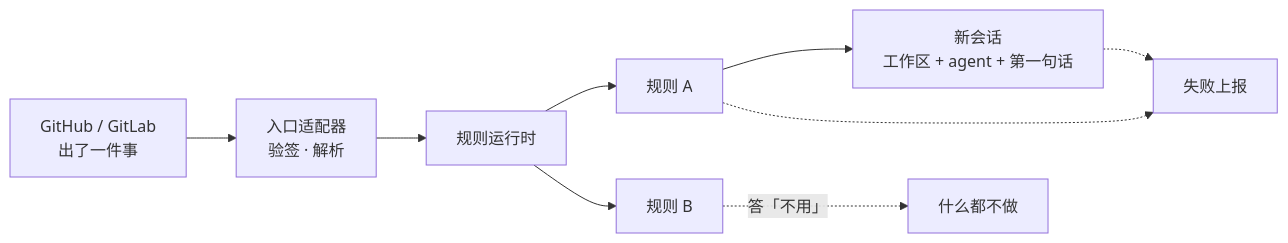
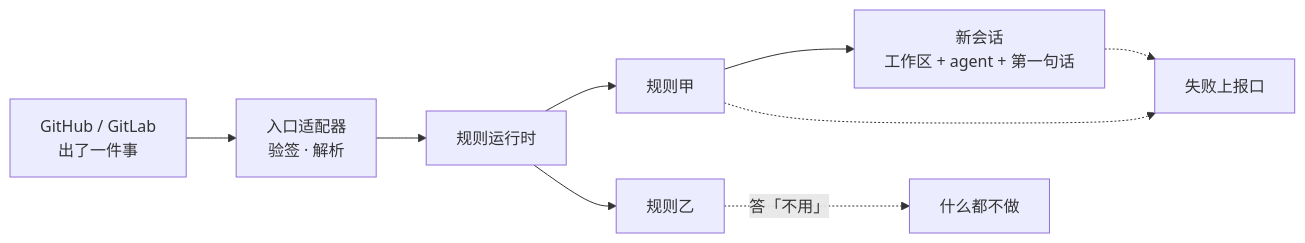
One commit to snight1983/ds-harness-go changed the fourth of 49 diagrams in docs/modules/webhook.md. Above: the diagram before and after it, drawn with Mermaid. The commit also changed other lines of this file and 43 other files, not shown here.

Commit message:
docs: 图解架构与模块设计

````diff
--- a/docs/modules/webhook.md
+++ b/docs/modules/webhook.md
@@ -24,16 +47,16 @@
 ```mermaid
 flowchart LR
     EXT["GitHub / GitLab<br/>出了一件事"]
     ADP["入口适配器<br/>验签 · 解析"]
     RT["规则运行时"]
-    R1["规则 A"]
-    R2["规则 B"]
+    R1["规则甲"]
+    R2["规则乙"]
     SESS["新会话<br/>工作区 + agent + 第一句话"]
-    RPT["失败上报"]
+    RPT["失败上报口"]
 
     EXT --> ADP --> RT
     RT --> R1 --> SESS
     RT --> R2 -.->|"答「不用」"| X["什么都不做"]
     SESS -.-> RPT
     R1 -.-> RPT
 ```
````
